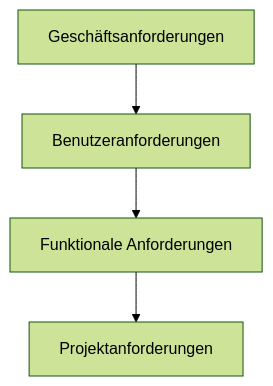
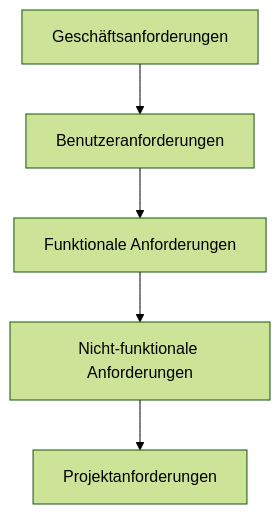
One commit to seanconroy-dev/FIAE-Exam-Part-1-Content changed the diagram in Beurteilen marktgängiger IT-Systeme und Lösungen/ap1-0233-anforderungsarten-software.md. Above: the diagram before and after it, drawn with Mermaid (forest theme). The commit also changed other lines of this file and 11 other files, not shown here.

````diff
--- a/Beurteilen marktgängiger IT-Systeme und Lösungen/ap1-0233-anforderungsarten-software.md
+++ b/Beurteilen marktgängiger IT-Systeme und Lösungen/ap1-0233-anforderungsarten-software.md
@@ -63,6 +73,7 @@
 ```mermaid
 flowchart TD
 A[Geschäftsanforderungen] --> B[Benutzeranforderungen]
 B --> C[Funktionale Anforderungen]
-C --> D[Projektanforderungen]
+C --> D[Nicht-funktionale Anforderungen]
+D --> E[Projektanforderungen]
 ```
````
